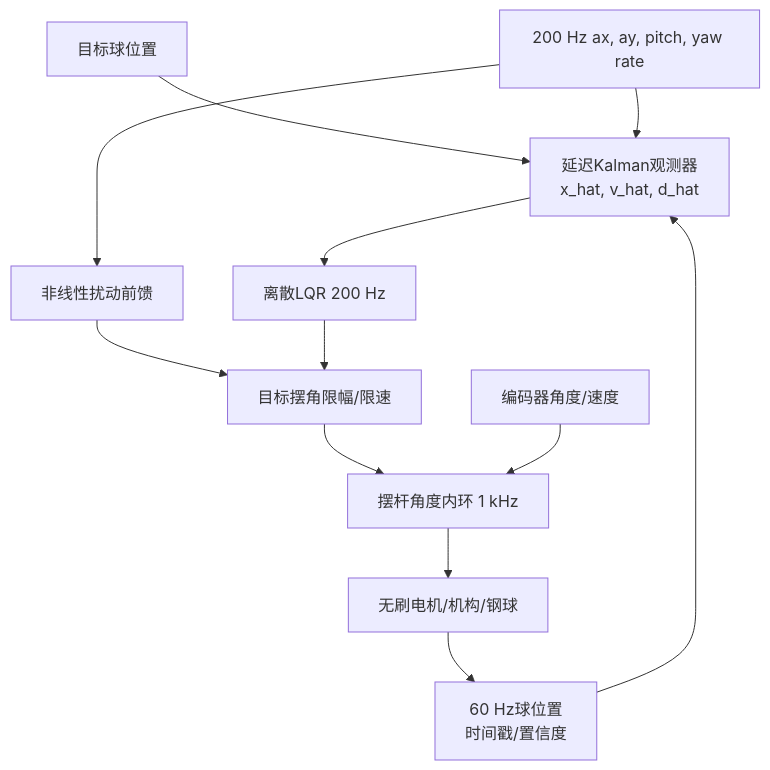
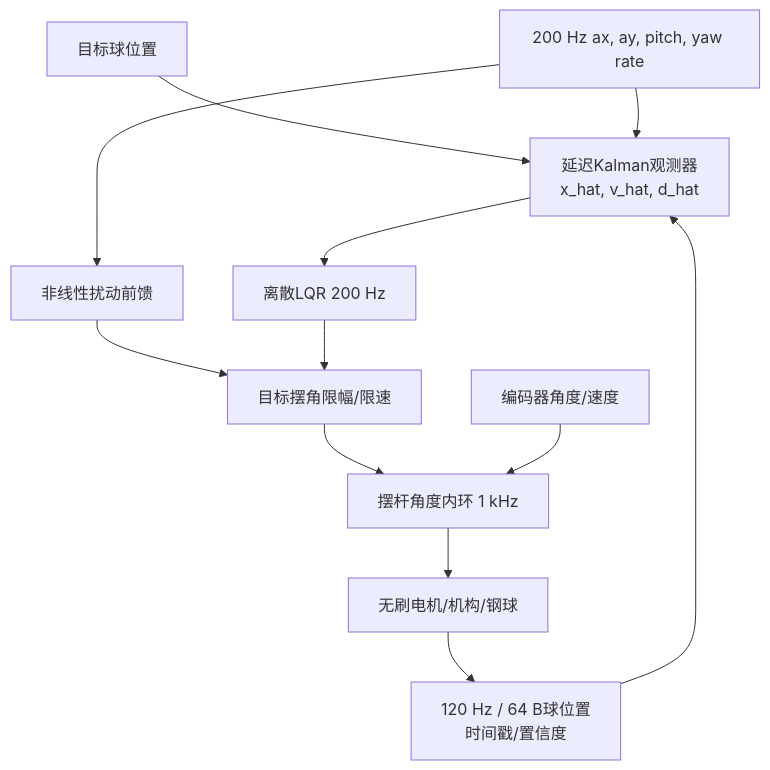
The diagram in docs/architecture/system-overview.md (HalloYang06/2026_TI), drawn with Mermaid before and after one commit. The commit also changed other lines of this file and 5 other files, not shown here.

````diff
--- a/docs/architecture/system-overview.md
+++ b/docs/architecture/system-overview.md
@@ -52,14 +52,14 @@
 ```mermaid
 flowchart TD
     R["目标球位置"] --> O["延迟Kalman观测器<br/>x_hat, v_hat, d_hat"]
-    V["60 Hz球位置<br/>时间戳/置信度"] --> O
+    V["120 Hz / 64 B球位置<br/>时间戳/置信度"] --> O
     I["200 Hz ax, ay, pitch, yaw rate"] --> O
     I --> F["非线性扰动前馈"]
     O --> L["离散LQR 200 Hz"]
     F --> S["目标摆角限幅/限速"]
     L --> S
     S --> A["摆杆角度内环 1 kHz"]
     E["编码器角度/速度"] --> A
     A --> M["无刷电机/机构/钢球"]
     M --> V
 ```
````
